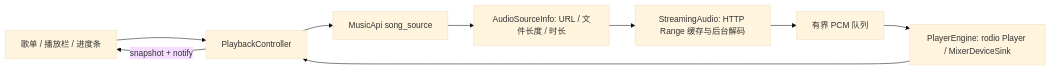
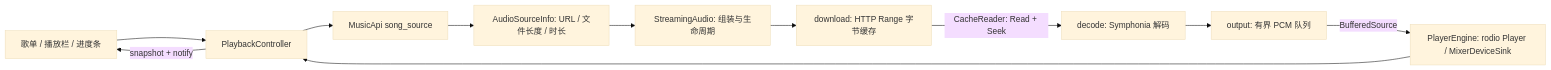
The diagram in docs/architecture.md (AMagicPear/netease-music-gpui), drawn with Mermaid (base theme) before and after one commit. The commit also changed other lines of this file and 9 other files, not shown here.

````diff
--- a/docs/architecture.md
+++ b/docs/architecture.md
@@ -63,11 +68,13 @@
 ```mermaid
 flowchart LR
     UI[歌单 / 播放栏 / 进度条] --> C[PlaybackController]
     C --> API[MusicApi song_source]
     API --> I[AudioSourceInfo: URL / 文件长度 / 时长]
-    I --> S[StreamingAudio: HTTP Range 缓存与后台解码]
-    S --> P[有界 PCM 队列]
-    P --> E[PlayerEngine: rodio Player / MixerDeviceSink]
+    I --> S[StreamingAudio: 组装与生命周期]
+    S --> D[download: HTTP Range 字节缓存]
+    D -->|CacheReader: Read + Seek| F[decode: Symphonia 解码]
+    F --> P[output: 有界 PCM 队列]
+    P -->|BufferedSource| E[PlayerEngine: rodio Player / MixerDeviceSink]
     E --> C
     C -->|snapshot + notify| UI
 ```
````
